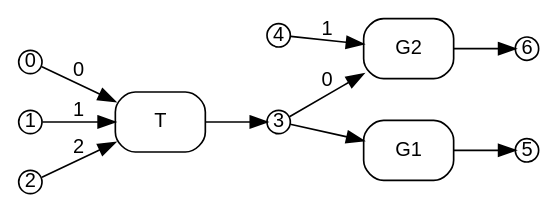
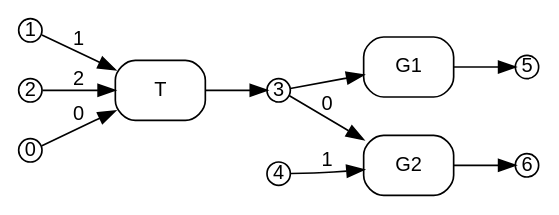
One commit to ammatsui/bhypvis changed the diagram in crates/bhyp/images/test_copy_subst_commute/path2_substitution_result_span_right.dot. Above: the diagram before and after it, drawn with Graphviz. The commit also changed other lines of this file and 738 other files, not shown here.

```diff
--- a/crates/bhyp/images/test_copy_subst_commute/path2_substitution_result_span_right.dot
+++ b/crates/bhyp/images/test_copy_subst_commute/path2_substitution_result_span_right.dot
@@ -1,34 +1,34 @@
 digraph path2_substitution_result_span_right {
   fontname="Helvetica"
   fontsize=12
   rankdir=LR;
   node [fontname="Helvetica", fontsize=12];
   edge [fontname="Helvetica", fontsize=12];
 
   // Nodes
+  n6 [label="6", shape=circle, style=filled, fillcolor=white, color="black", width=0.2, height=0.2, fixedsize=true];
+  n1 [label="1", shape=circle, style=filled, fillcolor=white, color="black", width=0.2, height=0.2, fixedsize=true];
+  n2 [label="2", shape=circle, style=filled, fillcolor=white, color="black", width=0.2, height=0.2, fixedsize=true];
+  n0 [label="0", shape=circle, style=filled, fillcolor=white, color="black", width=0.2, height=0.2, fixedsize=true];
+  n3 [label="3", shape=circle, style=filled, fillcolor=white, color="black", width=0.2, height=0.2, fixedsize=true];
   n4 [label="4", shape=circle, style=filled, fillcolor=white, color="black", width=0.2, height=0.2, fixedsize=true];
   n5 [label="5", shape=circle, style=filled, fillcolor=white, color="black", width=0.2, height=0.2, fixedsize=true];
-  n6 [label="6", shape=circle, style=filled, fillcolor=white, color="black", width=0.2, height=0.2, fixedsize=true];
-  n0 [label="0", shape=circle, style=filled, fillcolor=white, color="black", width=0.2, height=0.2, fixedsize=true];
-  n1 [label="1", shape=circle, style=filled, fillcolor=white, color="black", width=0.2, height=0.2, fixedsize=true];
-  n2 [label="2", shape=circle, style=filled, fillcolor=white, color="black", width=0.2, height=0.2, fixedsize=true];
-  n3 [label="3", shape=circle, style=filled, fillcolor=white, color="black", width=0.2, height=0.2, fixedsize=true];
 
   // Hyperedges
+  e0 [label="T", shape=box, style=rounded, color="black"];
   e1 [label="G2", shape=box, style=rounded, color="black"];
-  e0 [label="T", shape=box, style=rounded, color="black"];
   e2 [label="G1", shape=box, style=rounded, color="black"];
 
   // Source connections
-  n3 -> e1 [label="0"];
-  n4 -> e1 [label="1"];
   n0 -> e0 [label="0"];
   n1 -> e0 [label="1"];
   n2 -> e0 [label="2"];
+  n3 -> e1 [label="0"];
+  n4 -> e1 [label="1"];
   n3 -> e2 [label=""];
 
   // Target connections
+  e0 -> n3 [label=""];
   e1 -> n6 [label=""];
-  e0 -> n3 [label=""];
   e2 -> n5 [label=""];
 }
```
